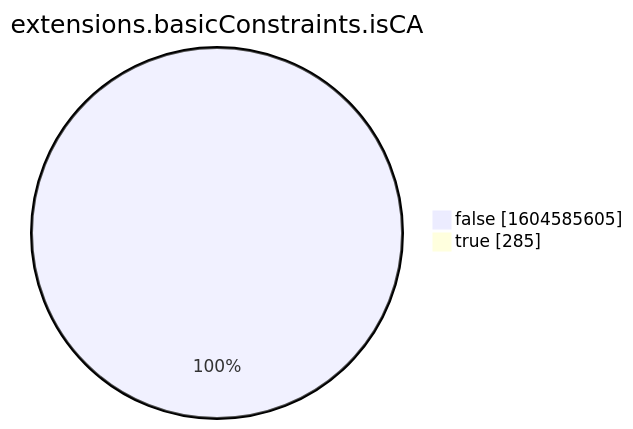
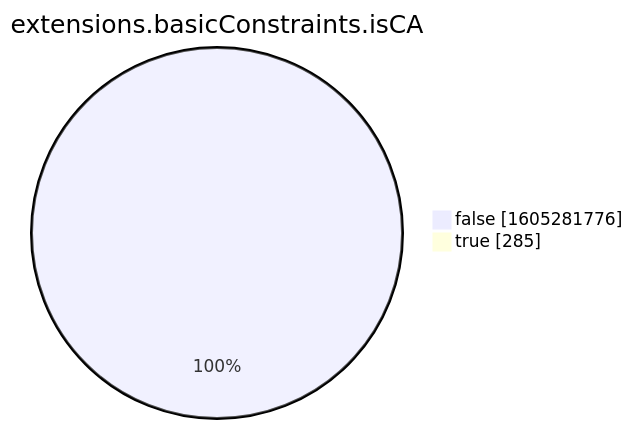
The eighth of 15 diagrams in xenon2022/README.md (christiankrug/ctmonitor_visualization), drawn with Mermaid before and after one commit. The commit also changed other lines of this file, not shown here.

````diff
--- a/xenon2022/README.md
+++ b/xenon2022/README.md
@@ -2862,6 +2862,6 @@
 ```mermaid
 pie showData
 title extensions.basicConstraints.isCA
-"false" :1604585605
+"false" :1605281776
 "true" :285
 ```
````
